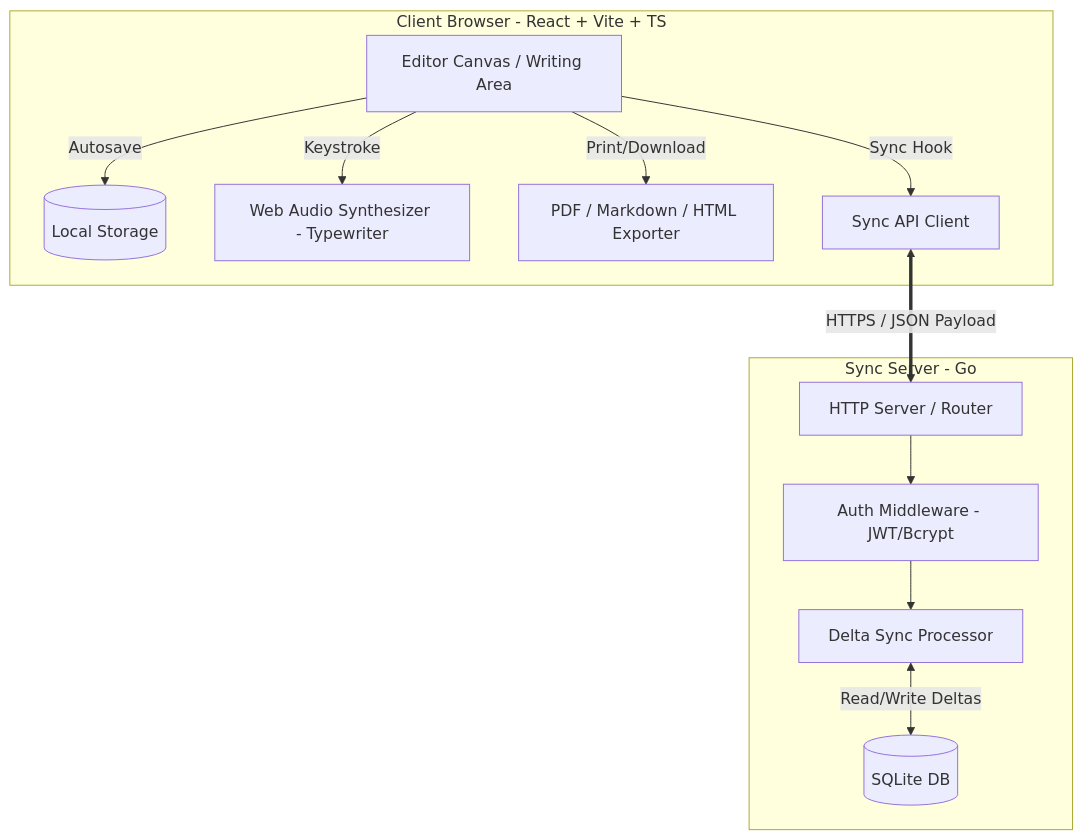
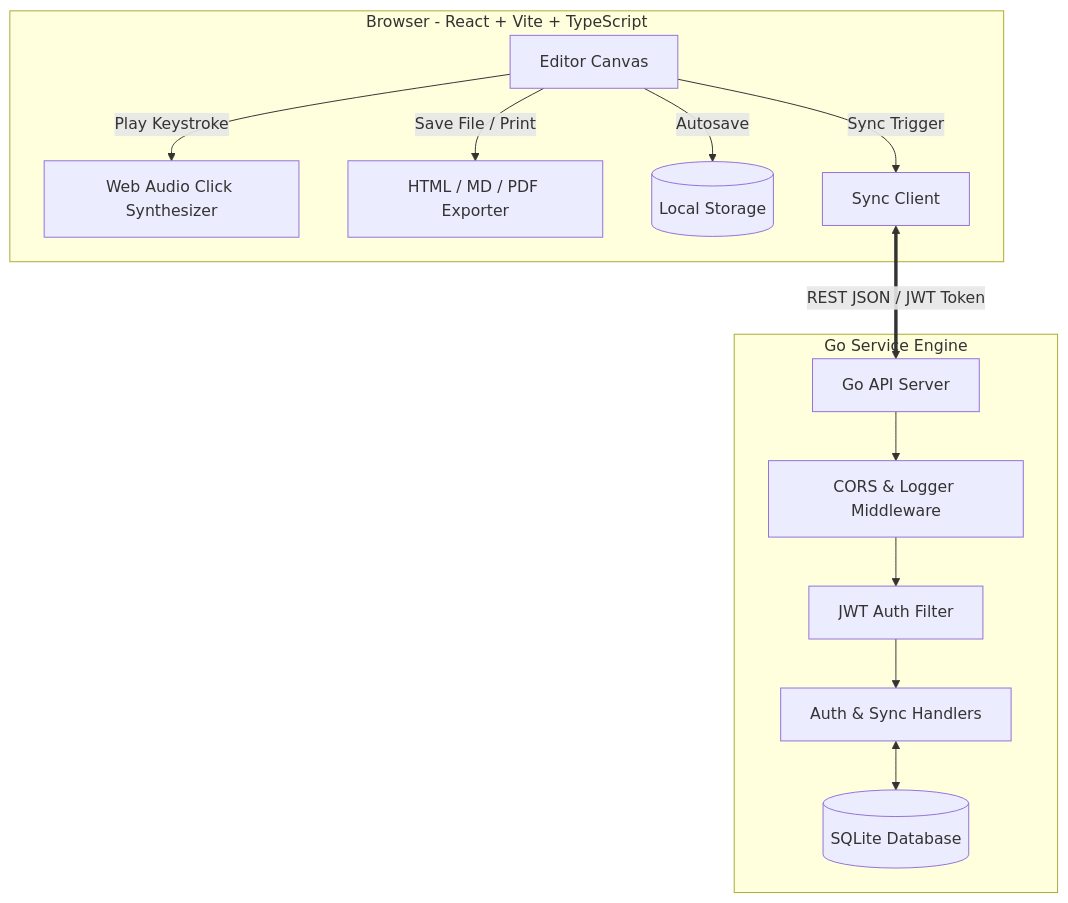
The diagram in README.md (aliaw00/write-page), drawn with Mermaid before and after one commit. The commit also changed other lines of this file, not shown here.

````diff
--- a/README.md
+++ b/README.md
@@ -20,29 +91,27 @@
 ```mermaid
-graph TD
-    %% Frontend Subsystem
-    subgraph Frontend [Client Browser - React + Vite + TS]
-        UI[Editor Canvas / Writing Area]
-        Store[(Local Storage)]
-        Audio[Web Audio Synthesizer - Typewriter]
-        Export[PDF / Markdown / HTML Exporter]
-        SyncClient[Sync API Client]
+flowchart TB
+    %% Client Browser
+    subgraph Client [Browser - React + Vite + TypeScript]
+        UI[Editor Canvas]
+        Audio[Web Audio Click Synthesizer]
+        Exporter[HTML / MD / PDF Exporter]
+        Cache[(Local Storage)]
+        SyncAPI[Sync Client]
         
-        UI -->|Autosave| Store
-        UI -->|Keystroke| Audio
-        UI -->|Print/Download| Export
-        UI -->|Sync Hook| SyncClient
+        UI -->|Play Keystroke| Audio
+        UI -->|Save File / Print| Exporter
+        UI -->|Autosave| Cache
+        UI -->|Sync Trigger| SyncAPI
     end
 
-    %% Backend Subsystem
-    subgraph Backend [Sync Server - Go]
-        API[HTTP Server / Router]
-        Auth[Auth Middleware - JWT/Bcrypt]
-        SyncHandler[Delta Sync Processor]
-        SQLite[(SQLite DB)]
-        
-        SyncClient <==>|HTTPS / JSON Payload| API
-        API --> Auth
-        Auth --> SyncHandler
-        SyncHandler <-->|Read/Write Deltas| SQLite
+    %% Network Boundary
+    SyncAPI <==>|REST JSON / JWT Token| Gateway[Go API Server]
+
+    %% Backend Server
+    subgraph Go_Backend [Go Service Engine]
+        Gateway --> CORS[CORS & Logger Middleware]
+        CORS --> AuthFilter[JWT Auth Filter]
+        AuthFilter --> Handlers[Auth & Sync Handlers]
+        Handlers <--> DB[(SQLite Database)]
     end
 ```
````
